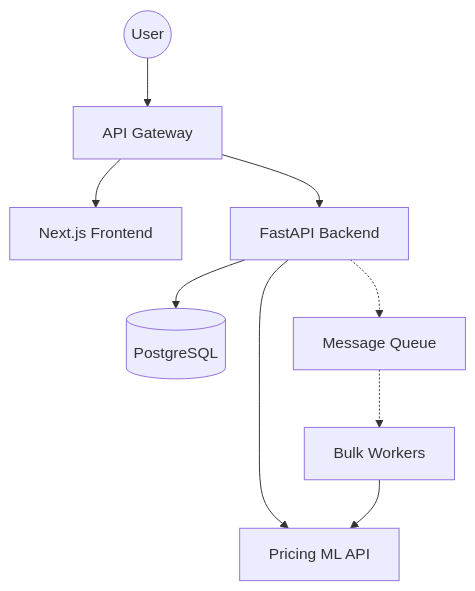
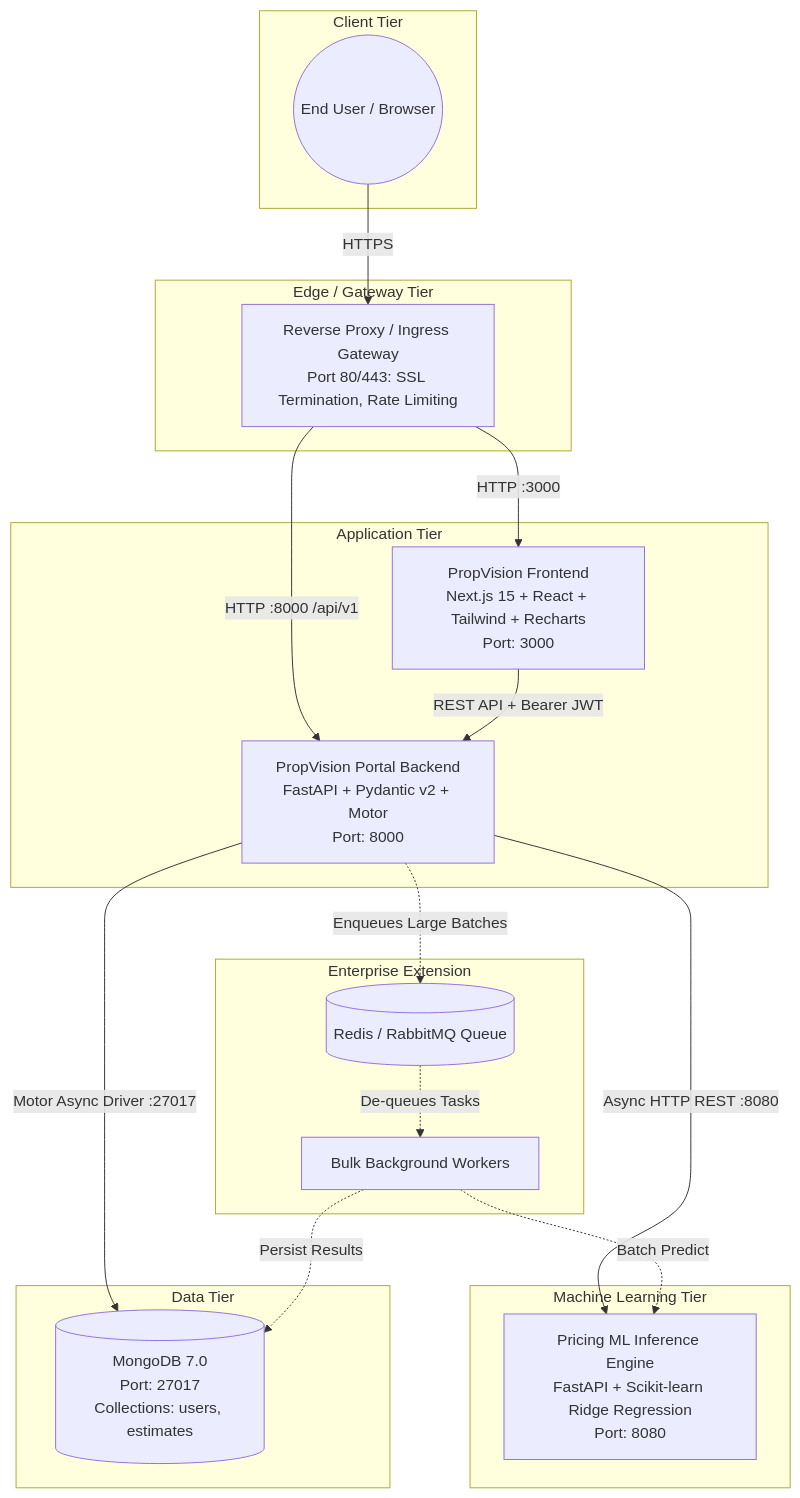
One commit to Hitesh-Saha/PropVision changed the first of 5 diagrams in SYSTEM_DESIGN.md. Above: the diagram before and after it, drawn with Mermaid. The commit also changed other lines of this file and 88 other files, not shown here.

````diff
--- a/SYSTEM_DESIGN.md
+++ b/SYSTEM_DESIGN.md
@@ -7,14 +18,42 @@
 ```mermaid
 graph TD
-    User((User)) --> Gateway[API Gateway]
-    Gateway --> Frontend[Next.js Frontend]
-    Gateway --> Backend[FastAPI Backend]
+    subgraph Client Tier
+        User((End User / Browser))
+    end
 
-    Backend --> Database[(PostgreSQL)]
-    Backend --> PricingAPI[Pricing ML API]
+    subgraph Edge / Gateway Tier
+        Gateway[Reverse Proxy / Ingress Gateway<br/>Port 80/443: SSL Termination, Rate Limiting]
+    end
 
-    %% Async Flow
-    Backend -.-> Queue[Message Queue]
-    Queue -.-> Workers[Bulk Workers]
-    Workers --> PricingAPI
+    subgraph Application Tier
+        Frontend[PropVision Frontend<br/>Next.js 15 + React + Tailwind + Recharts<br/>Port: 3000]
+        Backend[PropVision Portal Backend<br/>FastAPI + Pydantic v2 + Motor<br/>Port: 8000]
+    end
+
+    subgraph Machine Learning Tier
+        PricingAPI[Pricing ML Inference Engine<br/>FastAPI + Scikit-learn Ridge Regression<br/>Port: 8080]
+    end
+
+    subgraph Data Tier
+        MongoDB[(MongoDB 7.0<br/>Port: 27017<br/>Collections: users, estimates)]
+    end
+
+    subgraph Async Scale Tier [Enterprise Extension]
+        Queue[(Redis / RabbitMQ Queue)]
+        Workers[Bulk Background Workers]
+    end
+
+    User -->|HTTPS| Gateway
+    Gateway -->|HTTP :3000| Frontend
+    Gateway -->|HTTP :8000 /api/v1| Backend
+
+    Frontend -->|REST API + Bearer JWT| Backend
+    Backend -->|Async HTTP REST :8080| PricingAPI
+    Backend -->|Motor Async Driver :27017| MongoDB
+
+    %% Async Batch Scale Path
+    Backend -.->|Enqueues Large Batches| Queue
+    Queue -.->|De-queues Tasks| Workers
+    Workers -.->|Batch Predict| PricingAPI
+    Workers -.->|Persist Results| MongoDB
 ```
````
